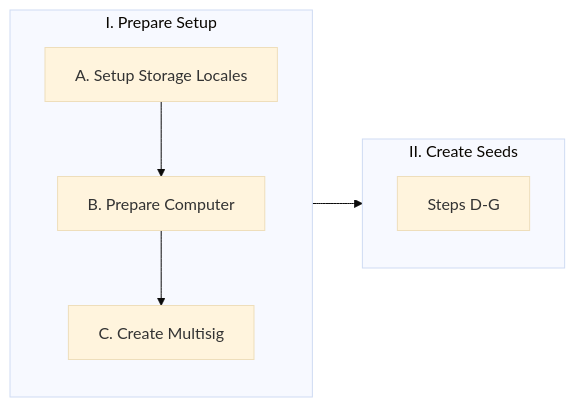
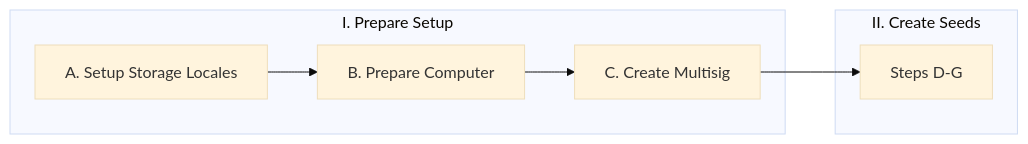
One commit to BlockchainCommons/SmartCustody changed the diagram in Docs/Scenario-Multisig.md. Above: the diagram before and after it, drawn with Mermaid (base theme).

````diff
--- a/Docs/Scenario-Multisig.md
+++ b/Docs/Scenario-Multisig.md
@@ -146,13 +146,13 @@
 ```mermaid
 graph LR;
     subgraph 1[I. Prepare Setup]
     A[A. Setup Storage Locales]
     B[B. Prepare Computer]
     C[C. Create Multisig]
     A-->B-->C
     end
     subgraph 2[II. Create Seeds]
     D[Steps D-G]
     end
-    1-->2
+    C-->D
 ```
````
